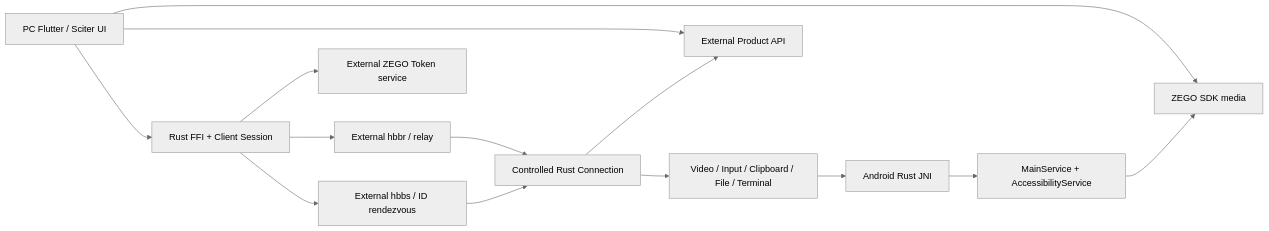
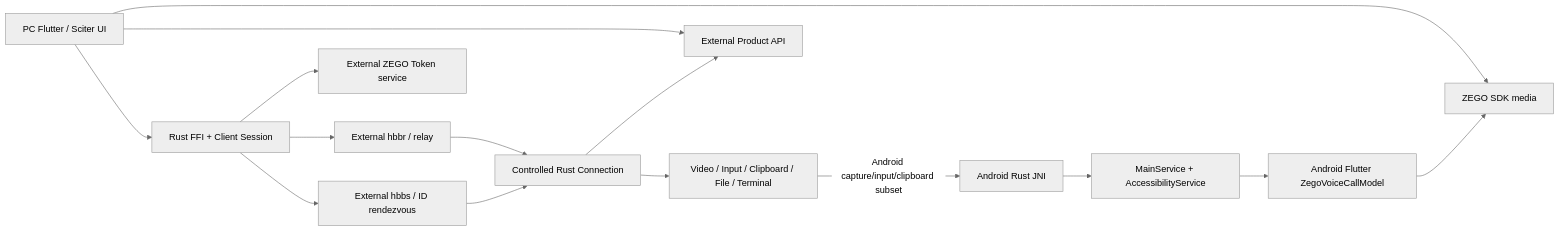
One commit to adb-shell/Tunnel changed the diagram in docs/AI_ENGINEERING/01_ARCHITECTURE.md. Above: the diagram before and after it, drawn with Mermaid (neutral theme). The commit also changed other lines of this file and 40 other files, not shown here.

````diff
--- a/docs/AI_ENGINEERING/01_ARCHITECTURE.md
+++ b/docs/AI_ENGINEERING/01_ARCHITECTURE.md
@@ -7,16 +7,17 @@
 ```mermaid
 flowchart LR
     PCUI["PC Flutter / Sciter UI"] --> PCBridge["Rust FFI + Client Session"]
     PCBridge --> HBBS["External hbbs / ID rendezvous"]
     PCBridge --> HBBR["External hbbr / relay"]
     HBBR --> Endpoint["Controlled Rust Connection"]
     HBBS --> Endpoint
     Endpoint --> Services["Video / Input / Clipboard / File / Terminal"]
-    Services --> AndroidJNI["Android Rust JNI"]
+    Services -->|"Android capture/input/clipboard subset"| AndroidJNI["Android Rust JNI"]
     AndroidJNI --> AndroidKotlin["MainService + AccessibilityService"]
     PCUI --> ProductAPI["External Product API"]
     Endpoint --> ProductAPI
     PCBridge --> ZegoToken["External ZEGO Token service"]
     PCUI --> ZegoRTC["ZEGO SDK media"]
-    AndroidKotlin --> ZegoRTC
+    AndroidKotlin --> AndroidFlutter["Android Flutter ZegoVoiceCallModel"]
+    AndroidFlutter --> ZegoRTC
 ```
````
